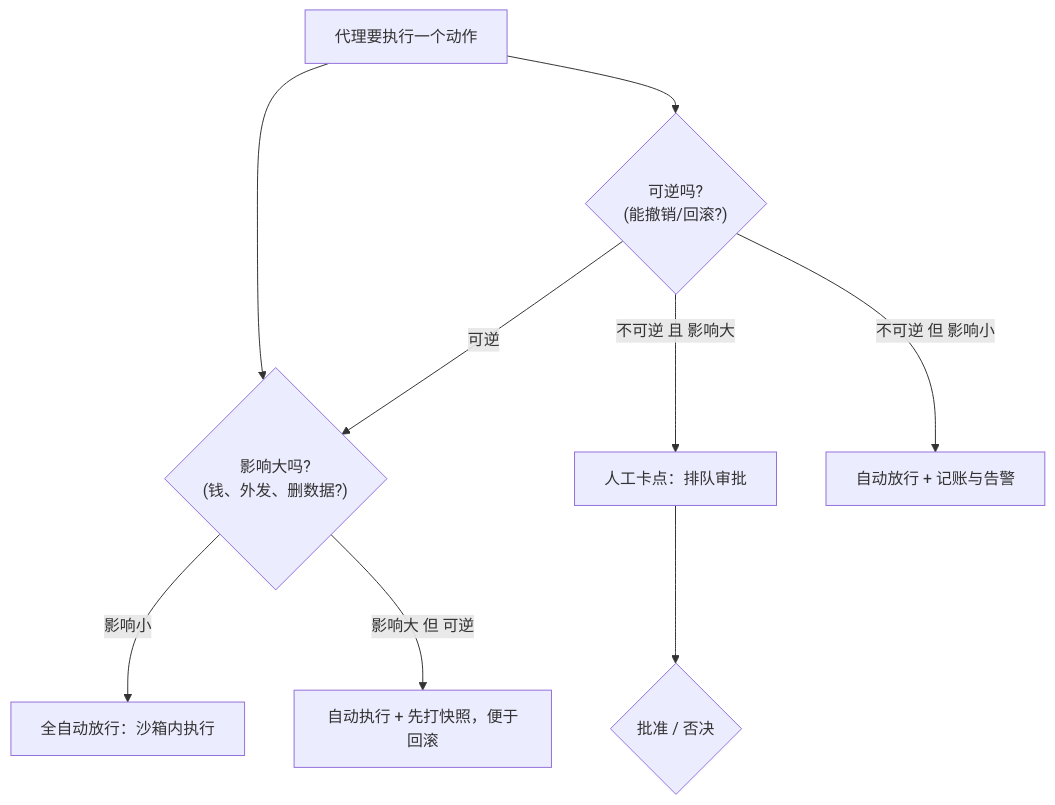
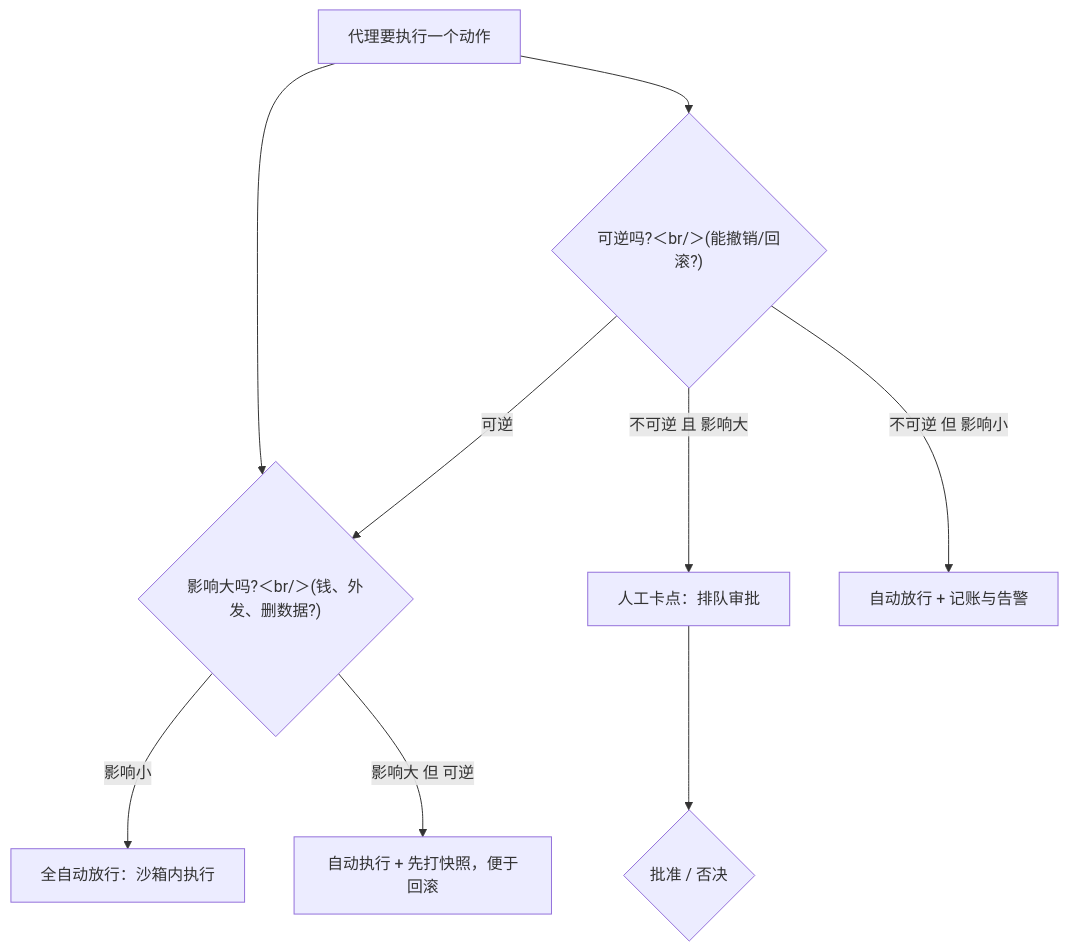
The second of 2 diagrams in docs/llm/agent-guardrails.md (xhongduo-tech/xhongduo-tech.github.io), drawn with Mermaid before and after one commit. The commit also changed 291 other files, not shown here.

Commit message:
Normalize lesson titles to tree names and repair mermaid arrow/quote syntax site-wide.

````diff
--- a/docs/llm/agent-guardrails.md
+++ b/docs/llm/agent-guardrails.md
@@ -41,11 +41,11 @@
 ```mermaid
 flowchart TD
-  ACT["代理要执行一个动作"] --> Q1{"可逆吗?<br/>(能撤销/回滚?)"}
-  ACT --> Q2{"影响大吗?<br/>(钱、外发、删数据?)"}
+  ACT["代理要执行一个动作"] --> Q1{"可逆吗?＜br/＞(能撤销/回滚?)"}
+  ACT --> Q2{"影响大吗?＜br/＞(钱、外发、删数据?)"}
   Q1 -->|"可逆"| Q2
   Q2 -->|"影响小"| AUTO["全自动放行：沙箱内执行"]
   Q1 -->|"不可逆 且 影响大"| GATE["人工卡点：排队审批"]
   Q1 -->|"不可逆 但 影响小"| LOG["自动放行 + 记账与告警"]
   Q2 -->|"影响大 但 可逆"| SNAP["自动执行 + 先打快照，便于回滚"]
   GATE --> APPR{"批准 / 否决"}
 ```
````
